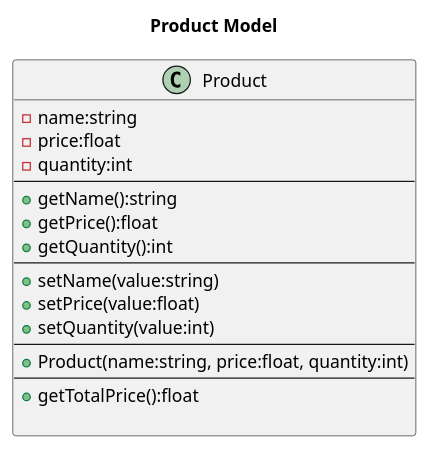
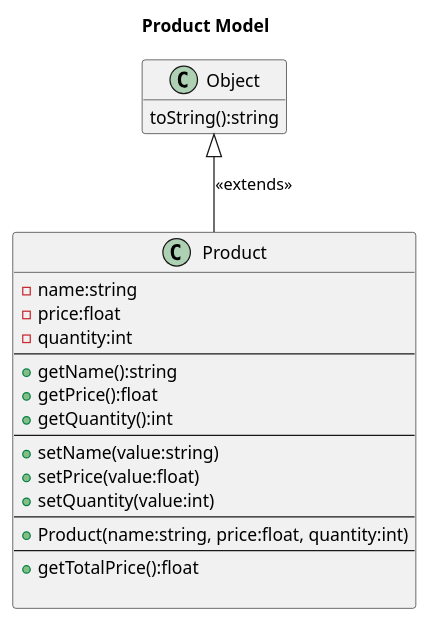
Before and after one commit to ipekmelisayilmaz/Object-Oriented-Programming: the diagram in UMLs/chapter_04_01_productmodel.wsd, drawn with PlantUML.

```diff
--- a/UMLs/chapter_04_01_productmodel.wsd
+++ b/UMLs/chapter_04_01_productmodel.wsd
@@ -1,21 +1,26 @@
 @startuml Class Diagram 
 title Product Model 
 class Product{
     -name:string
     -price:float 
     -quantity:int 
     --
     +getName():string
     +getPrice():float
     +getQuantity():int
     --
     +setName(value:string)
     +setPrice(value:float)
     +setQuantity(value:int)
     --
     +Product(name:string, price:float, quantity:int)
     --
     +getTotalPrice():float
     
 }
+class Object{
+    toString():string
+}
+Product -up-|>Object : "<<extends>>"
+hide empty members
 @enduml
```
